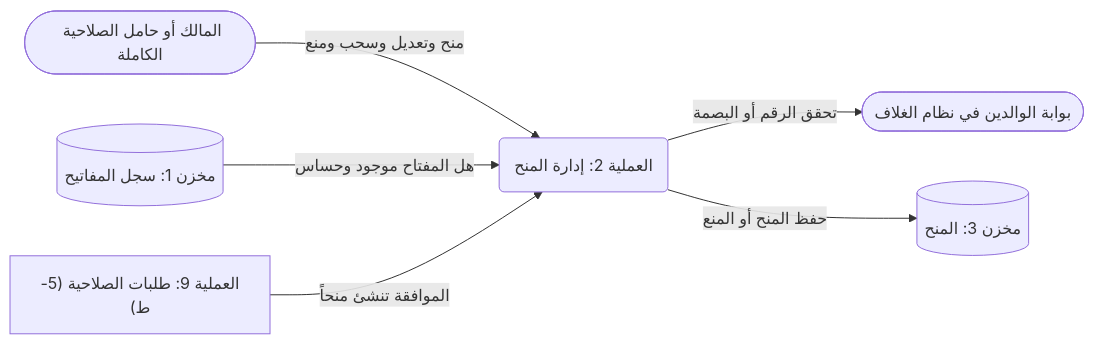
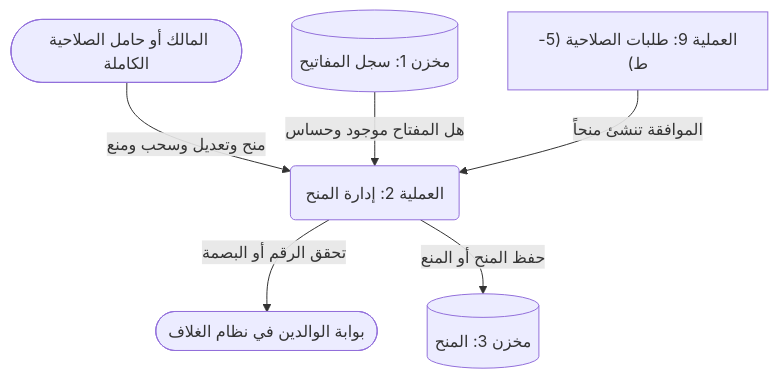
Before and after one commit to Bassam-mohammed-alqaeadi/family-os-v2: diagram 27 of 39 in docs/family-os/governance/phases/phase-1/S1-03-family-roles-and-permissions/DIAGRAMS.md, drawn with Mermaid. The commit also changed other lines of this file, not shown here.

````diff
--- a/docs/family-os/governance/phases/phase-1/S1-03-family-roles-and-permissions/DIAGRAMS.md
+++ b/docs/family-os/governance/phases/phase-1/S1-03-family-roles-and-permissions/DIAGRAMS.md
@@ -1038,15 +1041,15 @@
 ```mermaid
-flowchart LR
+flowchart TD
     Owner([المالك أو حامل الصلاحية الكاملة])
+    D1[(مخزن 1: سجل المفاتيح)]
+    P9x["العملية 9: طلبات الصلاحية (5-ط)"]
+    P2(العملية 2: إدارة المنح)
     Gate([بوابة الوالدين في نظام الغلاف])
-    P2(العملية 2: إدارة المنح)
-    D1[(مخزن 1: سجل المفاتيح)]
     D3[(مخزن 3: المنح)]
-    P9x["العملية 9: طلبات الصلاحية (5-ط)"]
 
     Owner -->|منح وتعديل وسحب ومنع| P2
     D1 -->|هل المفتاح موجود وحساس| P2
     P9x -->|الموافقة تنشئ منحاً| P2
     P2 -->|تحقق الرقم أو البصمة| Gate
     P2 -->|حفظ المنح أو المنع| D3
 ```
````
